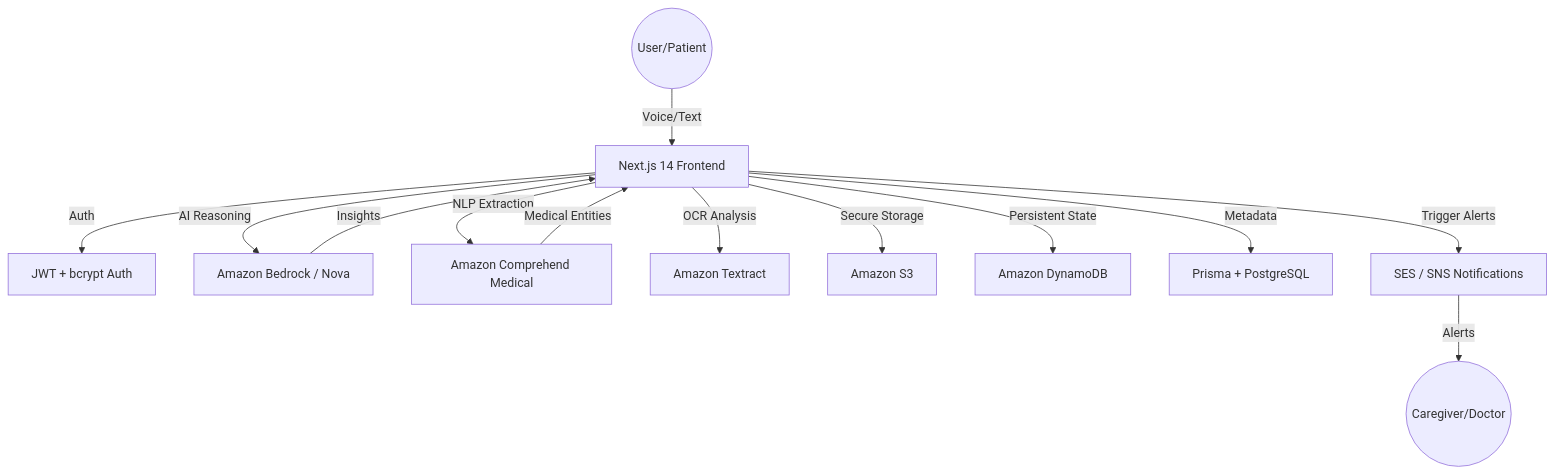
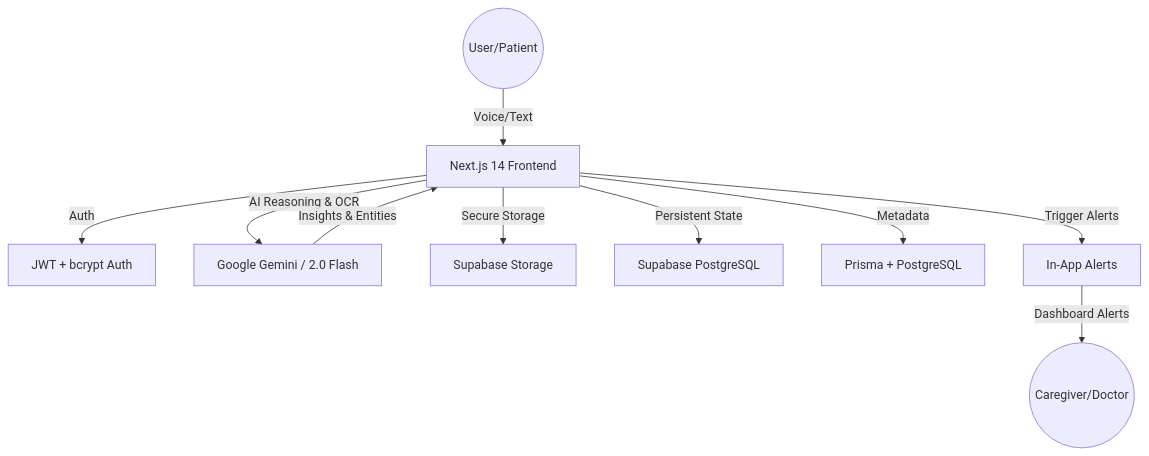
The diagram in README.md (shafayatsaad/mimamori), drawn with Mermaid before and after one commit. The commit also changed other lines of this file, not shown here.

````diff
--- a/README.md
+++ b/README.md
@@ -127,15 +126,12 @@
 ```mermaid
 graph TD
     User((User/Patient)) -->|Voice/Text| NextJS[Next.js 14 Frontend]
     NextJS -->|Auth| JWT[JWT + bcrypt Auth]
-    NextJS -->|AI Reasoning| Bedrock[Amazon Bedrock / Nova]
-    NextJS -->|NLP Extraction| CompMed[Amazon Comprehend Medical]
-    NextJS -->|OCR Analysis| Textract[Amazon Textract]
-    NextJS -->|Secure Storage| S3[Amazon S3]
-    NextJS -->|Persistent State| Dynamo[Amazon DynamoDB]
+    NextJS -->|AI Reasoning & OCR| Gemini[Google Gemini / 2.0 Flash]
+    NextJS -->|Secure Storage| Storage[Supabase Storage]
+    NextJS -->|Persistent State| Database[Supabase PostgreSQL]
     NextJS -->|Metadata| Postgres[Prisma + PostgreSQL]
-    Bedrock -->|Insights| NextJS
-    CompMed -->|Medical Entities| NextJS
-    NextJS -->|Trigger Alerts| SNS[SES / SNS Notifications]
-    SNS -->|Alerts| Caregiver((Caregiver/Doctor))
+    Gemini -->|Insights & Entities| NextJS
+    NextJS -->|Trigger Alerts| Alerts[In-App Alerts]
+    Alerts -->|Dashboard Alerts| Caregiver((Caregiver/Doctor))
 ```
````
